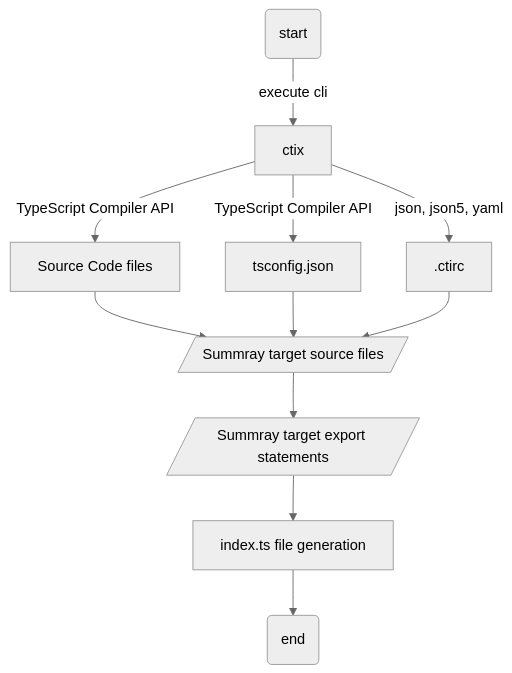
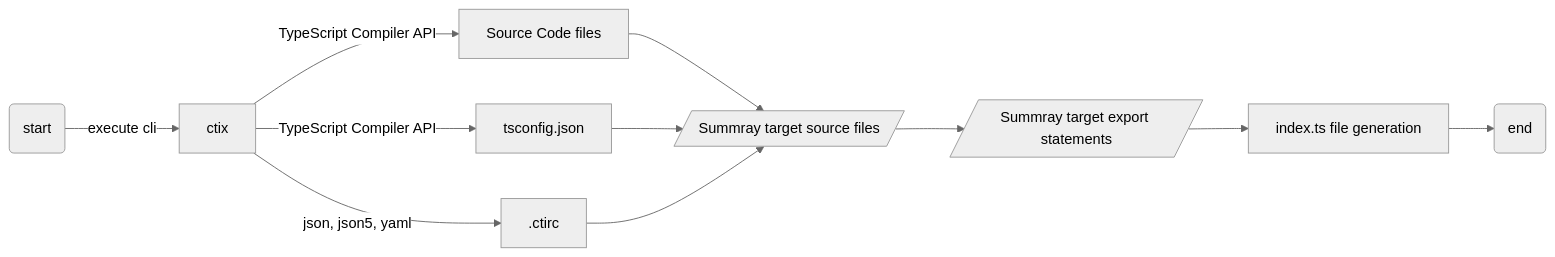
Before and after one commit to imjuni/ctix: the diagram in README.md, drawn with Mermaid (neutral theme). The commit also changed 9 other files, not shown here.

````diff
--- a/README.md
+++ b/README.md
@@ -62,13 +62,13 @@
 ```mermaid
-flowchart TD
+flowchart LR
     START(start) --> |execute cli|ctix
     ctix --> |TypeScript Compiler API| INP01[Source Code files]
     ctix --> |TypeScript Compiler API| INP02["tsconfig.json"]
     ctix --> |json, json5, yaml| INP03[".ctirc"]
     INP01 --> TF[/Summray target source files/]
     INP02 --> TF
     INP03 --> TF
     TF --> TS[/Summray target export statements/]
     TS --> IW["index.ts file generation"]
     IW --> END(end)
 ```
````
